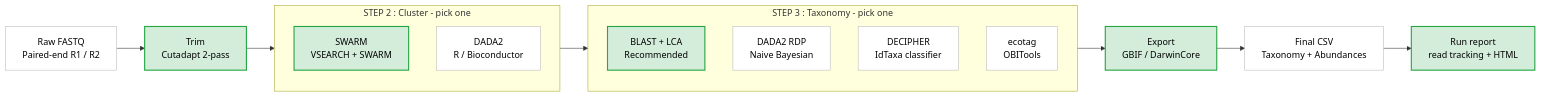
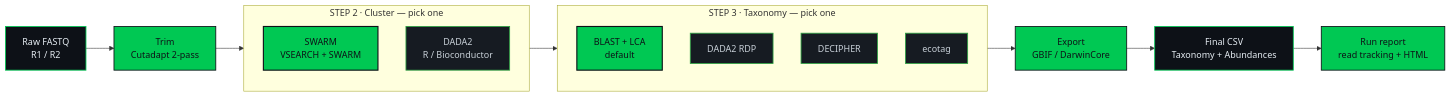
Before and after one commit to WildinSync/wis_seednap: the diagram in README.md, drawn with Mermaid. The commit also changed other lines of this file and 1 other file, not shown here.

````diff
--- a/README.md
+++ b/README.md
@@ -18,31 +36,31 @@
 ```mermaid
 flowchart LR
-    raw[Raw FASTQ<br/>Paired-end R1 / R2]:::io
+    raw[Raw FASTQ<br/>R1 / R2]:::io
     trim[Trim<br/>Cutadapt 2-pass]:::pass
 
-    subgraph s2 [STEP 2 : Cluster - pick one]
+    subgraph s2 [STEP 2 · Cluster — pick one]
         direction TB
-        swarm[SWARM<br/>VSEARCH + SWARM]:::recommended
+        swarm[SWARM<br/>VSEARCH + SWARM]:::reco
         dada2[DADA2<br/>R / Bioconductor]:::alt
     end
 
-    subgraph s3 [STEP 3 : Taxonomy - pick one]
+    subgraph s3 [STEP 3 · Taxonomy — pick one]
         direction TB
-        blast[BLAST + LCA<br/>Recommended]:::recommended
-        rdp[DADA2 RDP<br/>Naive Bayesian]:::alt
-        decipher[DECIPHER<br/>IdTaxa classifier]:::alt
-        ecotag[ecotag<br/>OBITools]:::alt
+        blast[BLAST + LCA<br/>default]:::reco
+        rdp[DADA2 RDP]:::alt
+        decipher[DECIPHER]:::alt
+        ecotag[ecotag]:::alt
     end
 
     export[Export<br/>GBIF / DarwinCore]:::pass
     final[Final CSV<br/>Taxonomy + Abundances]:::io
     report[Run report<br/>read tracking + HTML]:::pass
 
     raw --> trim --> s2 --> s3 --> export --> final
     final --> report
 
-    classDef io fill:#ffffff,stroke:#bbbbbb,stroke-width:1px,color:#000
-    classDef pass fill:#d4edda,stroke:#28a745,stroke-width:2px,color:#000
-    classDef recommended fill:#d4edda,stroke:#28a745,stroke-width:2px,color:#000
-    classDef alt fill:#ffffff,stroke:#bbbbbb,stroke-width:1px,color:#000
+    classDef io fill:#0D1117,stroke:#00C853,stroke-width:1.5px,color:#e6edf3
+    classDef pass fill:#00C853,stroke:#0D1117,stroke-width:1.5px,color:#0D1117
+    classDef reco fill:#00C853,stroke:#0D1117,stroke-width:2px,color:#0D1117
+    classDef alt fill:#161B22,stroke:#2EA043,stroke-width:1.5px,color:#c9d1d9
 ```
````
